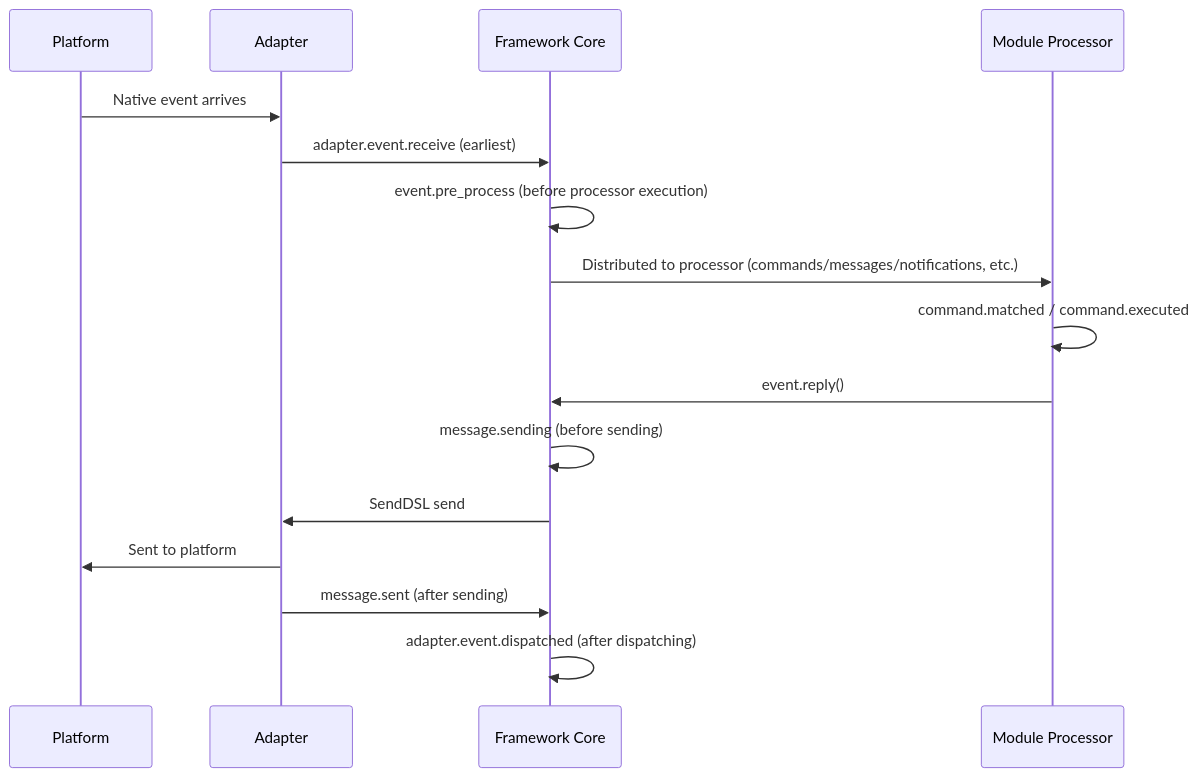
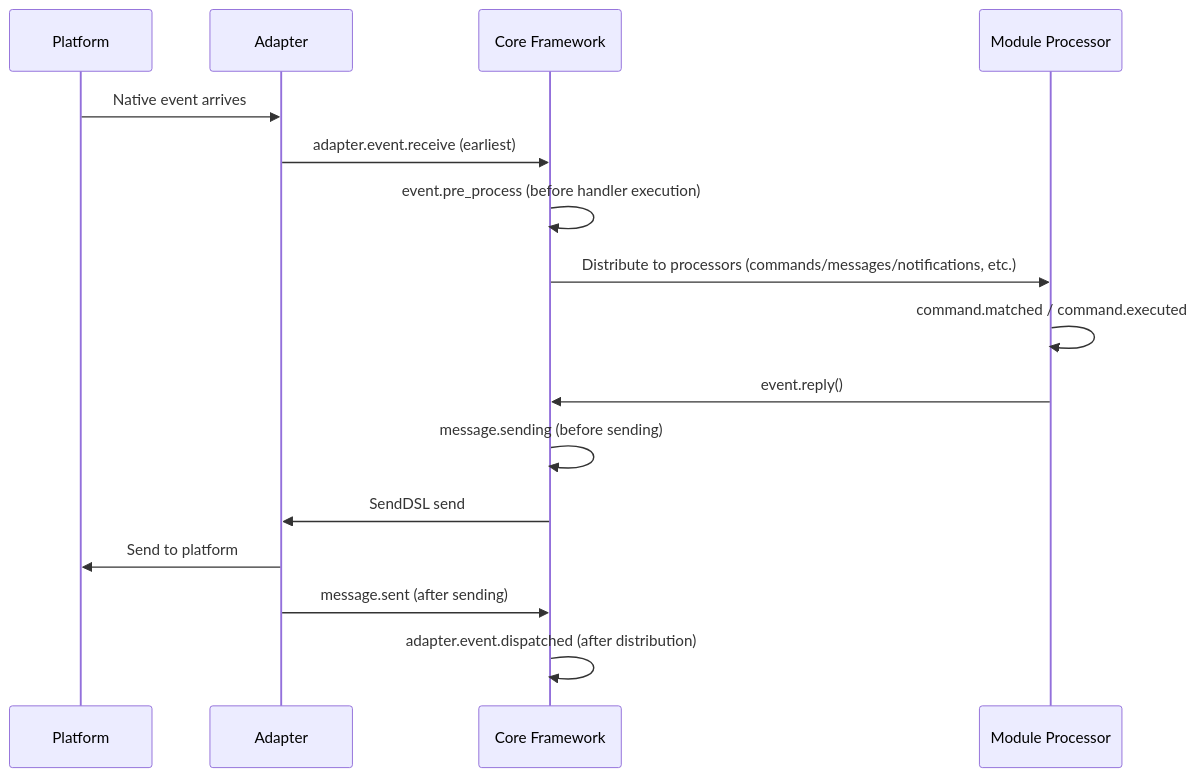
Before and after one commit to ErisPulse/ErisPulse: the diagram in docs/en/advanced/lifecycle.md, drawn with Mermaid. The commit also changed other lines of this file and 23 other files, not shown here.

````diff
--- a/docs/en/advanced/lifecycle.md
+++ b/docs/en/advanced/lifecycle.md
@@ -117,19 +118,19 @@
 ```mermaid
 sequenceDiagram
     participant P as Platform
     participant A as Adapter
-    participant F as Framework Core
+    participant F as Core Framework
     participant M as Module Processor
 
     P->>A: Native event arrives
     A->>F: adapter.event.receive (earliest)
-    F->>F: event.pre_process (before processor execution)
-    F->>M: Distributed to processor (commands/messages/notifications, etc.)
+    F->>F: event.pre_process (before handler execution)
+    F->>M: Distribute to processors (commands/messages/notifications, etc.)
     M->>M: command.matched / command.executed
     M->>F: event.reply()
     F->>F: message.sending (before sending)
     F->>A: SendDSL send
-    A->>P: Sent to platform
+    A->>P: Send to platform
     A->>F: message.sent (after sending)
-    F->>F: adapter.event.dispatched (after dispatching)
+    F->>F: adapter.event.dispatched (after distribution)
 ```
````
